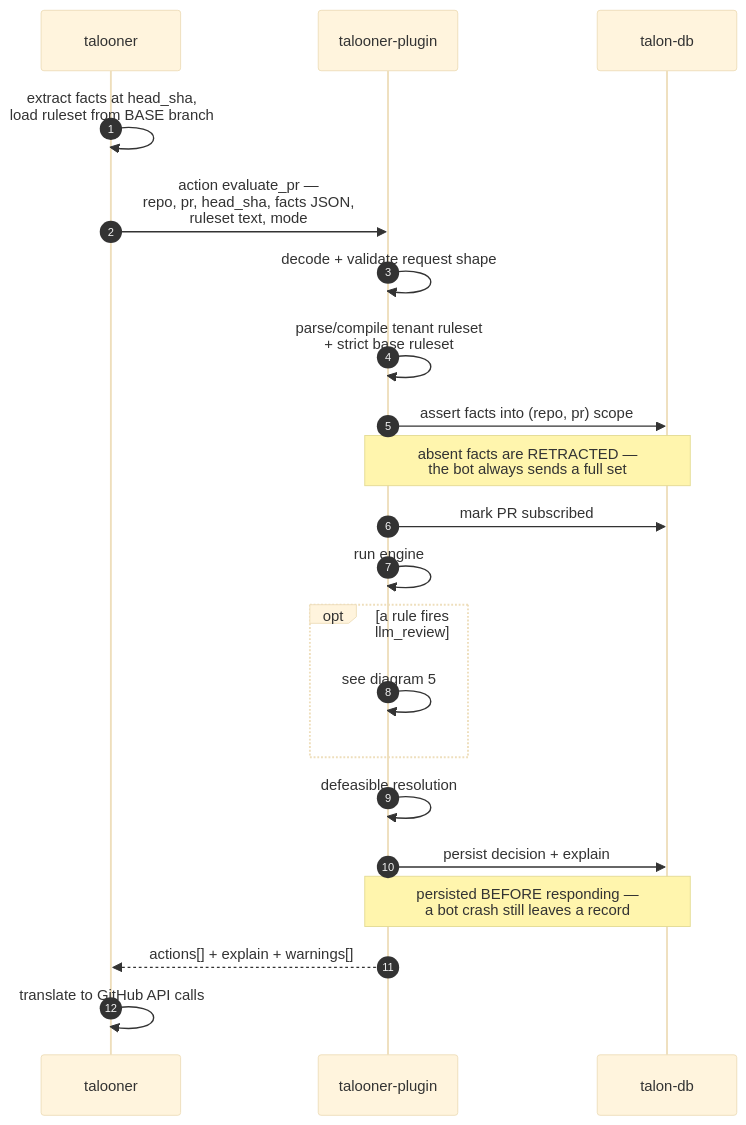
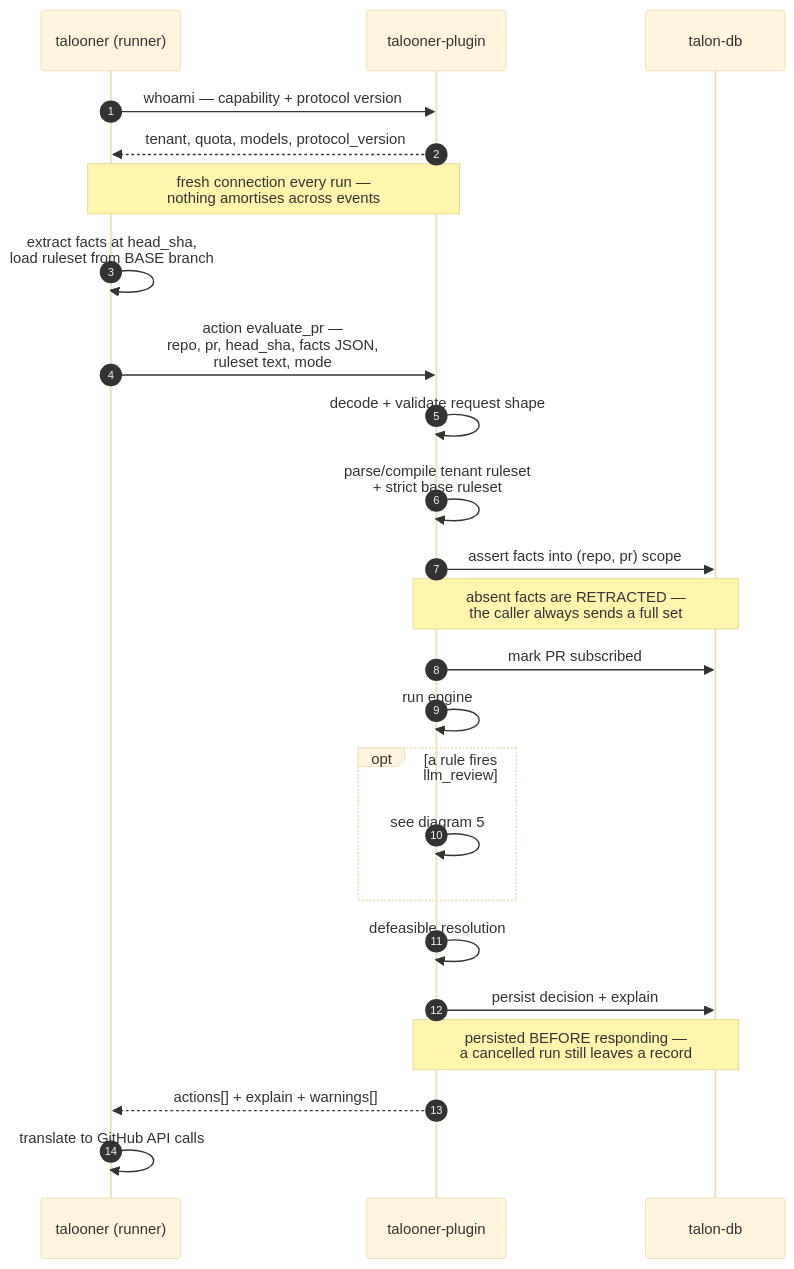
One commit to opentalon/talooner-plugin changed the third of 6 diagrams in diagrams.md. Above: the diagram before and after it, drawn with Mermaid (base theme). The commit also changed other lines of this file and 9 other files, not shown here.

````diff
--- a/diagrams.md
+++ b/diagrams.md
@@ -131,27 +137,30 @@
 ```mermaid
 sequenceDiagram
     autonumber
-    participant Bot as talooner
+    participant Bot as talooner (runner)
     participant Plug as talooner-plugin
     participant DB as talon-db
 
+    Bot->>Plug: whoami — capability + protocol version
+    Plug-->>Bot: tenant, quota, models, protocol_version
+    Note over Bot,Plug: fresh connection every run —<br/>nothing amortises across events
     Bot->>Bot: extract facts at head_sha,<br/>load ruleset from BASE branch
     Bot->>Plug: action evaluate_pr —<br/>repo, pr, head_sha, facts JSON,<br/>ruleset text, mode
 
     Plug->>Plug: decode + validate request shape
     Plug->>Plug: parse/compile tenant ruleset<br/>+ strict base ruleset
     Plug->>DB: assert facts into (repo, pr) scope
-    Note over Plug,DB: absent facts are RETRACTED —<br/>the bot always sends a full set
+    Note over Plug,DB: absent facts are RETRACTED —<br/>the caller always sends a full set
     Plug->>DB: mark PR subscribed
 
     Plug->>Plug: run engine
     opt a rule fires llm_review
         Plug->>Plug: see diagram 5
     end
     Plug->>Plug: defeasible resolution
     Plug->>DB: persist decision + explain
-    Note over Plug,DB: persisted BEFORE responding —<br/>a bot crash still leaves a record
+    Note over Plug,DB: persisted BEFORE responding —<br/>a cancelled run still leaves a record
 
     Plug-->>Bot: actions[] + explain + warnings[]
     Bot->>Bot: translate to GitHub API calls
 ```
````
